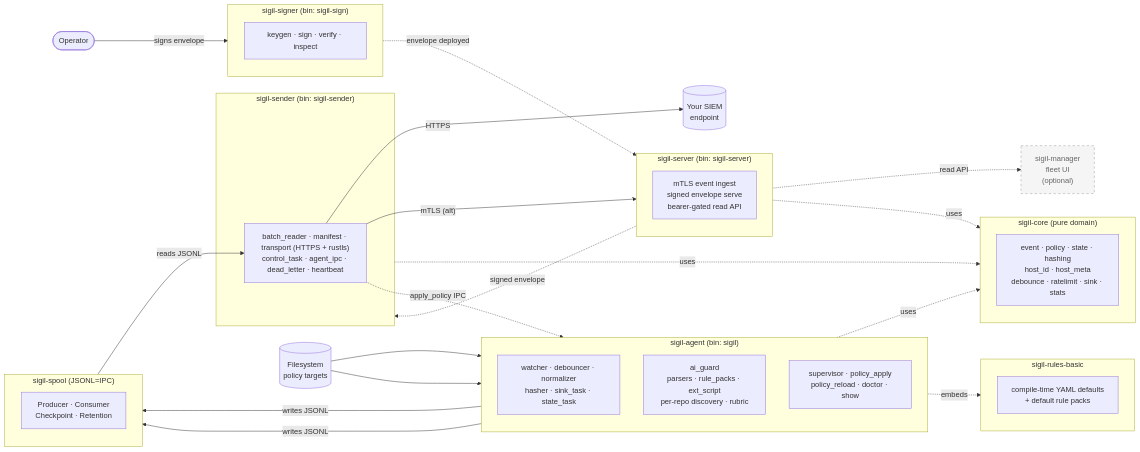
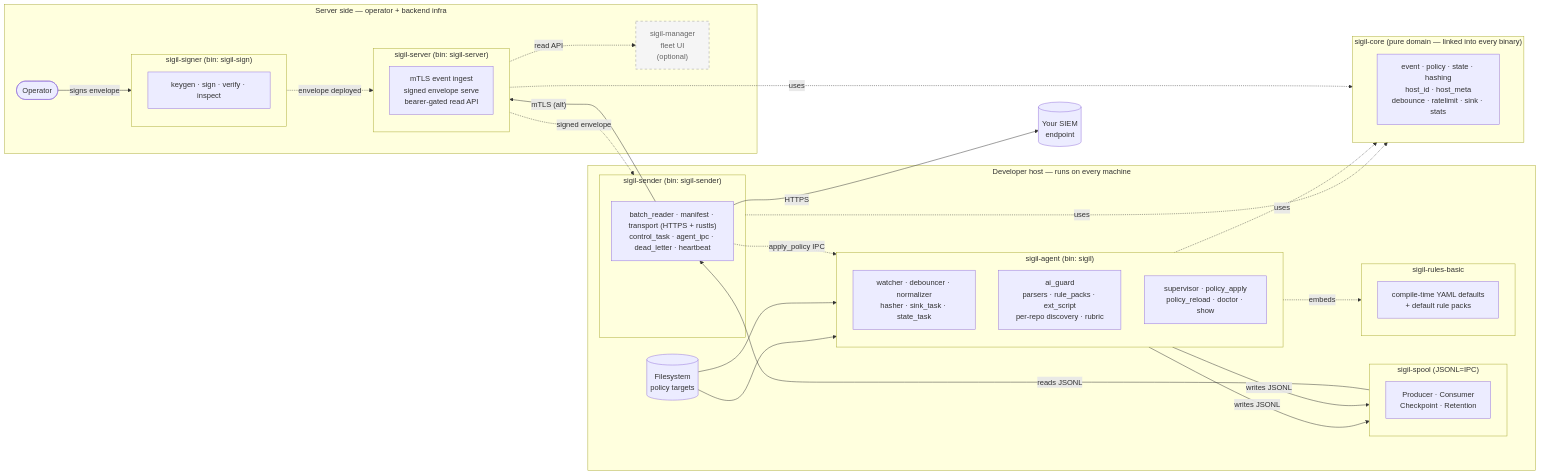
The diagram in README.md (Ju571nK/sigil), drawn with Mermaid before and after one commit.

Commit message:
docs(readme): group the architecture diagram by physical location
Wrap components into two location boxes so the client/server (CS) split is
visible at a glance: a "Developer host" box (sigil-agent, sigil-spool,
sigil-sender, sigil-rules-basic, the watched filesystem) that runs on every
machine, and a "Server side" box (operator, sigil-signer, sigil-server,
optional sigil-manager). sigil-core (linked into every binary) and your SIEM
(external) stay outside, since they aren't tied to one machine. The data plane
crosses host -> server/SIEM; the control plane (signed policy) crosses back.

````diff
--- a/README.md
+++ b/README.md
@@ -190,71 +190,74 @@
 ```mermaid
 flowchart LR
-    %% External actors & systems
-    operator(["Operator"])
-    FS[("Filesystem<br/>policy targets")]
+    %% ============ CLIENT — the developer's machine ============
+    subgraph host["Developer host — runs on every machine"]
+        FS[("Filesystem<br/>policy targets")]
+
+        subgraph agent["sigil-agent (bin: sigil)"]
+            direction TB
+            a_pipe["watcher · debouncer · normalizer<br/>hasher · sink_task · state_task"]
+            a_aiguard["ai_guard<br/>parsers · rule_packs · ext_script<br/>per-repo discovery · rubric"]
+            a_ctrl["supervisor · policy_apply<br/>policy_reload · doctor · show"]
+        end
+
+        subgraph spool["sigil-spool (JSONL=IPC)"]
+            spoolmods["Producer · Consumer<br/>Checkpoint · Retention"]
+        end
+
+        subgraph sender["sigil-sender (bin: sigil-sender)"]
+            s_pipe["batch_reader · manifest · transport (HTTPS + rustls)<br/>control_task · agent_ipc · dead_letter · heartbeat"]
+        end
+
+        subgraph rules["sigil-rules-basic"]
+            rulesmods["compile-time YAML defaults<br/>+ default rule packs"]
+        end
+    end
+
+    %% ============ SERVER SIDE — operator + backend infra ============
+    subgraph backend["Server side — operator + backend infra"]
+        operator(["Operator"])
+
+        subgraph signer["sigil-signer (bin: sigil-sign)"]
+            signermods["keygen · sign · verify · inspect"]
+        end
+
+        subgraph server["sigil-server (bin: sigil-server)"]
+            servermods["mTLS event ingest<br/>signed envelope serve<br/>bearer-gated read API"]
+        end
+
+        manager["sigil-manager<br/>fleet UI<br/>(optional)"]:::optional
+    end
+
+    %% Not tied to one machine: external sink + the shared library
     SIEM[("Your SIEM<br/>endpoint")]
 
-    %% Optional downstream
-    manager["sigil-manager<br/>fleet UI<br/>(optional)"]:::optional
-
-    %% Operator-side keystore tool
-    subgraph signer["sigil-signer (bin: sigil-sign)"]
-        signermods["keygen · sign · verify · inspect"]
-    end
-
-    %% Host daemon
-    subgraph agent["sigil-agent (bin: sigil)"]
-        direction TB
-        a_pipe["watcher · debouncer · normalizer<br/>hasher · sink_task · state_task"]
-        a_aiguard["ai_guard<br/>parsers · rule_packs · ext_script<br/>per-repo discovery · rubric"]
-        a_ctrl["supervisor · policy_apply<br/>policy_reload · doctor · show"]
-    end
-
-    %% Uploader
-    subgraph sender["sigil-sender (bin: sigil-sender)"]
-        s_pipe["batch_reader · manifest · transport (HTTPS + rustls)<br/>control_task · agent_ipc · dead_letter · heartbeat"]
-    end
-
-    %% OSS reference receiver (alternative to BYO SIEM)
-    subgraph server["sigil-server (bin: sigil-server)"]
-        servermods["mTLS event ingest<br/>signed envelope serve<br/>bearer-gated read API"]
-    end
-
-    subgraph spool["sigil-spool (JSONL=IPC)"]
-        spoolmods["Producer · Consumer<br/>Checkpoint · Retention"]
-    end
-
-    subgraph core["sigil-core (pure domain)"]
+    subgraph core["sigil-core (pure domain — linked into every binary)"]
         coremods["event · policy · state · hashing<br/>host_id · host_meta<br/>debounce · ratelimit · sink · stats"]
-    end
-
-    subgraph rules["sigil-rules-basic"]
-        rulesmods["compile-time YAML defaults<br/>+ default rule packs"]
     end
 
     %% Data plane
     FS --> a_pipe
     FS --> a_aiguard
     a_pipe -- "writes JSONL" --> spool
     a_aiguard -- "writes JSONL" --> spool
     spool -- "reads JSONL" --> s_pipe
     s_pipe -- "HTTPS" --> SIEM
     s_pipe -- "mTLS (alt)" --> server
 
     %% Control plane
     s_pipe -. "apply_policy IPC" .-> a_ctrl
     operator -- "signs envelope" --> signer
     signer -. "envelope deployed" .-> server
     server -. "signed envelope" .-> sender
 
     %% Optional consumer
     server -. "read API" .-> manager
 
     %% Library deps
     agent -. uses .-> core
     sender -. uses .-> core
     server -. uses .-> core
     agent -. embeds .-> rules
 
     classDef optional stroke-dasharray: 5 5,fill:#f5f5f5,stroke:#999,color:#666
 ```
````
